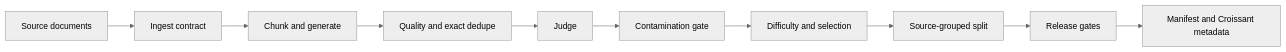
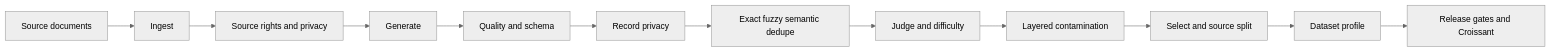
The diagram in README.md (pugalenthi0928/training-data-factory), drawn with Mermaid (neutral theme) before and after one commit. The commit also changed other lines of this file and 25 other files, not shown here.

````diff
--- a/README.md
+++ b/README.md
@@ -40,12 +44,14 @@
 ```mermaid
 flowchart LR
-    A[Source documents] --> B[Ingest contract]
-    B --> C[Chunk and generate]
-    C --> D[Quality and exact dedupe]
-    D --> E[Judge]
-    E --> F[Contamination gate]
-    F --> G[Difficulty and selection]
-    G --> H[Source-grouped split]
-    H --> I[Release gates]
-    I --> J[Manifest and Croissant metadata]
+    A[Source documents] --> B[Ingest]
+    B --> C[Source rights and privacy]
+    C --> D[Generate]
+    D --> E[Quality and schema]
+    E --> F[Record privacy]
+    F --> G[Exact fuzzy semantic dedupe]
+    G --> H[Judge and difficulty]
+    H --> I[Layered contamination]
+    I --> J[Select and source split]
+    J --> K[Dataset profile]
+    K --> L[Release gates and Croissant]
 ```
````
